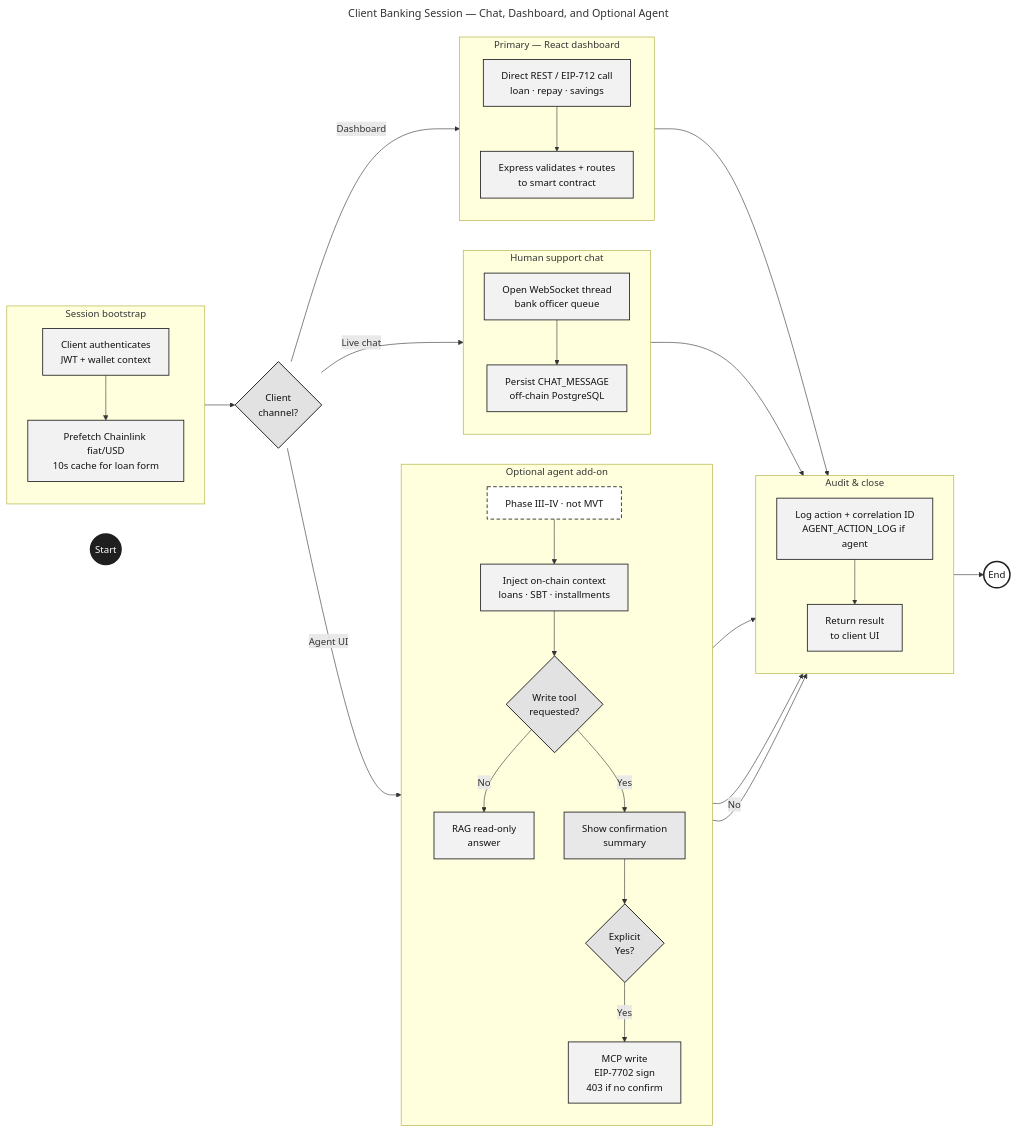
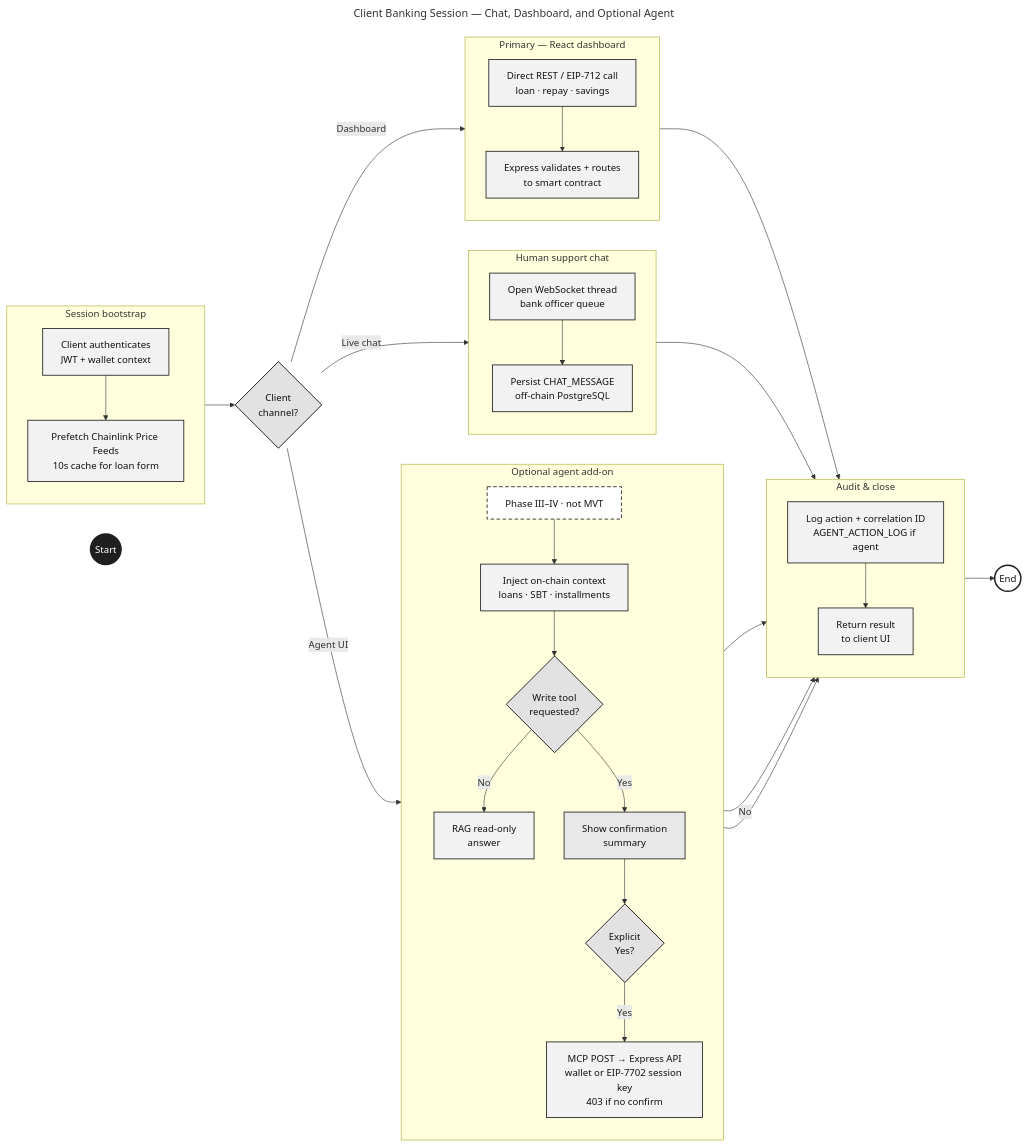
The diagram in Documentation/Diagrams/mermaid-src/improved diagrams/fig-activity-aux.mmd (Yuvraajrahman/Cryto-World-Bank), drawn with Mermaid before and after one commit. The commit also changed 214 other files, not shown here.

Commit message:
diagram updated

```diff
--- a/Documentation/Diagrams/mermaid-src/improved diagrams/fig-activity-aux.mmd
+++ b/Documentation/Diagrams/mermaid-src/improved diagrams/fig-activity-aux.mmd
@@ -1,68 +1,68 @@
 ---
 title: Client Banking Session — Chat, Dashboard, and Optional Agent
 ---
 flowchart LR
     classDef start  fill:#1F1F1F,color:#FFFFFF,stroke:#1F1F1F,stroke-width:2.5px
     classDef finish fill:#FFFFFF,color:#111111,stroke:#1F1F1F,stroke-width:2.5px
     classDef act    fill:#F2F2F2,stroke:#1F1F1F,stroke-width:1.4px,color:#111111
     classDef dec    fill:#E2E2E2,stroke:#1F1F1F,stroke-width:1.6px,color:#111111
     classDef core   fill:#FAFAFA,stroke:#1F1F1F,stroke-width:1.6px,color:#111111
     classDef opt    fill:#FFFFFF,stroke:#1F1F1F,stroke-width:1.4px,color:#111111,stroke-dasharray:6 4
     classDef gate   fill:#E8E8E8,stroke:#1F1F1F,stroke-width:1.4px,color:#111111
 
     S(("Start")):::start
 
     subgraph PRE[" Session bootstrap "]
         direction TB
         PRE1["Client authenticates<br/>JWT + wallet context"]:::act
-        PRE2["Prefetch Chainlink fiat/USD<br/>10s cache for loan form"]:::act
+        PRE2["Prefetch Chainlink Price Feeds<br/>10s cache for loan form"]:::act
         PRE1 --> PRE2
     end
 
     PRE --> ROUTE{Client<br/>channel?}:::dec
 
     subgraph DASH[" Primary — React dashboard "]
         direction TB
         D1["Direct REST / EIP-712 call<br/>loan · repay · savings"]:::act
         D2["Express validates + routes<br/>to smart contract"]:::act
         D1 --> D2
     end
 
     subgraph CHAT[" Human support chat "]
         direction TB
         C1["Open WebSocket thread<br/>bank officer queue"]:::act
         C2["Persist CHAT_MESSAGE<br/>off-chain PostgreSQL"]:::act
         C1 --> C2
     end
 
     subgraph AGENT[" Optional agent add-on "]
         direction TB
         AG0["Phase III–IV · not MVT"]:::opt
         AG1["Inject on-chain context<br/>loans · SBT · installments"]:::act
         AG2{Write tool<br/>requested?}:::dec
         AG3["RAG read-only<br/>answer"]:::act
         AG4["Show confirmation<br/>summary"]:::gate
         AG5{Explicit<br/>Yes?}:::dec
-        AG6["MCP write<br/>EIP-7702 sign<br/>403 if no confirm"]:::act
+        AG6["MCP POST → Express API<br/>wallet or EIP-7702 session key<br/>403 if no confirm"]:::act
         AG0 --> AG1 --> AG2
         AG2 -- "No" --> AG3
         AG2 -- "Yes" --> AG4 --> AG5
         AG5 -- "Yes" --> AG6
     end
 
     subgraph FIN[" Audit & close "]
         direction TB
         F1["Log action + correlation ID<br/>AGENT_ACTION_LOG if agent"]:::act
         F2["Return result<br/>to client UI"]:::act
         F1 --> F2
     end
 
     E(("End")):::finish
 
     ROUTE -- "Dashboard" --> DASH --> FIN
     ROUTE -- "Live chat" --> CHAT --> FIN
     ROUTE -- "Agent UI" --> AGENT
     AG3 --> FIN
     AG5 -- "No" --> FIN
     AG6 --> FIN
     FIN --> E
```
